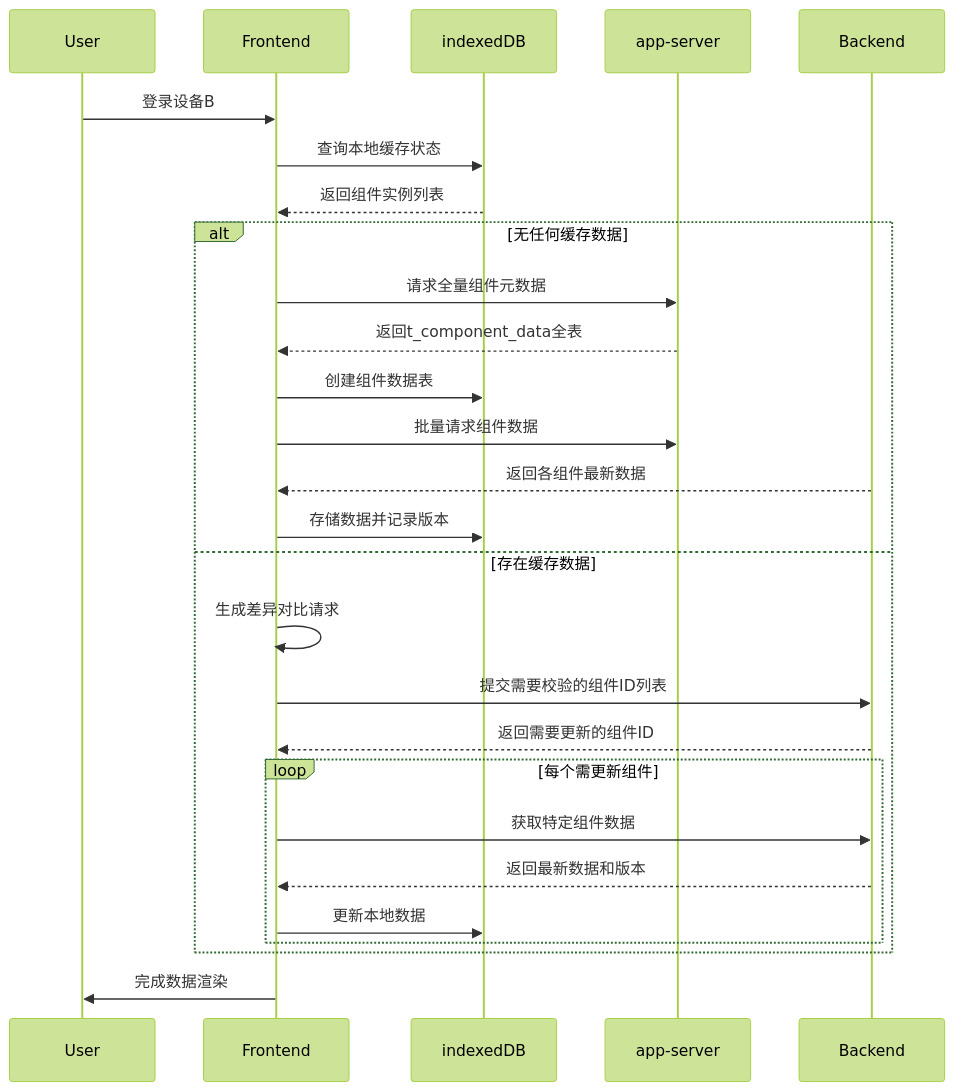
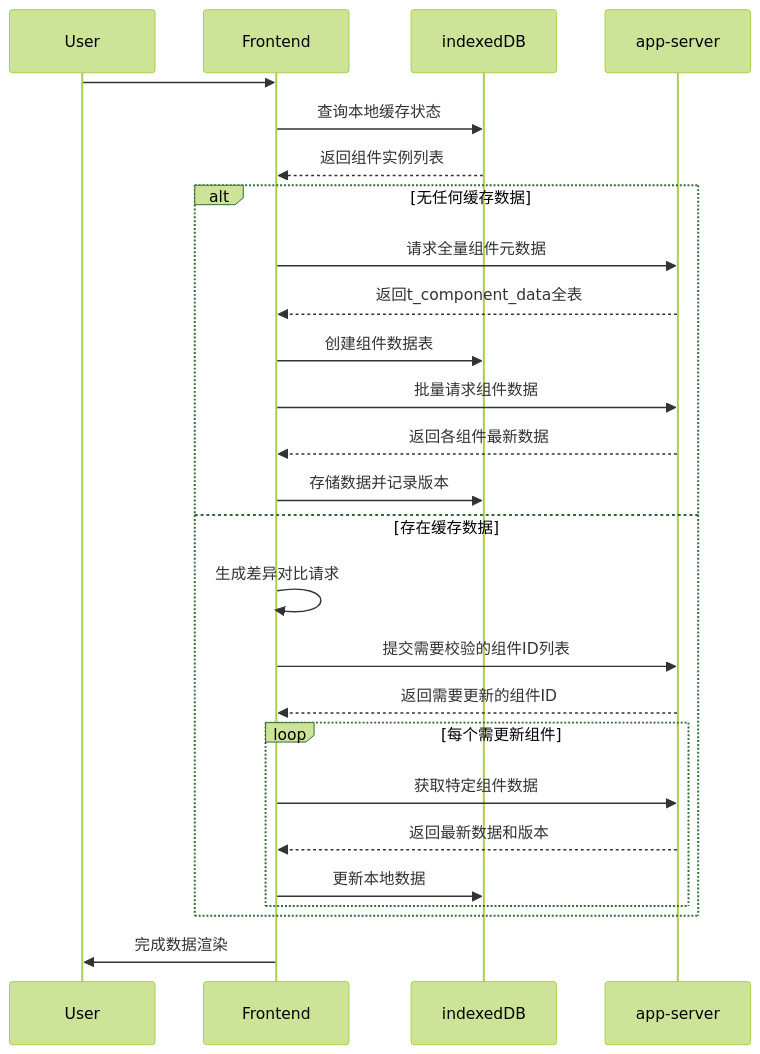
One commit to yingjianzh/iodraw-files changed the diagram in all/未命名-24.md. Above: the diagram before and after it, drawn with Mermaid (forest theme).

Commit message:
2025-02-24 17:05:56 update

````diff
--- a/all/未命名-24.md
+++ b/all/未命名-24.md
@@ -1,30 +1,30 @@
 ```mermaid
 sequenceDiagram
     participant User
     participant Frontend
     participant indexedDB
     participant app-server
 
-    User->>Frontend: 登录设备B
+    User->>Frontend: 
     Frontend->>indexedDB: 查询本地缓存状态
     indexedDB-->>Frontend: 返回组件实例列表
     
     alt 无任何缓存数据
         Frontend->>app-server: 请求全量组件元数据
         app-server-->>Frontend: 返回t_component_data全表
         Frontend->>indexedDB: 创建组件数据表
         Frontend->>app-server: 批量请求组件数据
-        Backend-->>Frontend: 返回各组件最新数据
+        app-server-->>Frontend: 返回各组件最新数据
         Frontend->>indexedDB: 存储数据并记录版本
     else 存在缓存数据
         Frontend->>Frontend: 生成差异对比请求
-        Frontend->>Backend: 提交需要校验的组件ID列表
-        Backend-->>Frontend: 返回需要更新的组件ID
+        Frontend->>app-server: 提交需要校验的组件ID列表
+        app-server-->>Frontend: 返回需要更新的组件ID
         loop 每个需更新组件
-            Frontend->>Backend: 获取特定组件数据
-            Backend-->>Frontend: 返回最新数据和版本
+            Frontend->>app-server: 获取特定组件数据
+            app-server-->>Frontend: 返回最新数据和版本
             Frontend->>indexedDB: 更新本地数据
         end
     end
     Frontend->>User: 完成数据渲染
 ```
````
